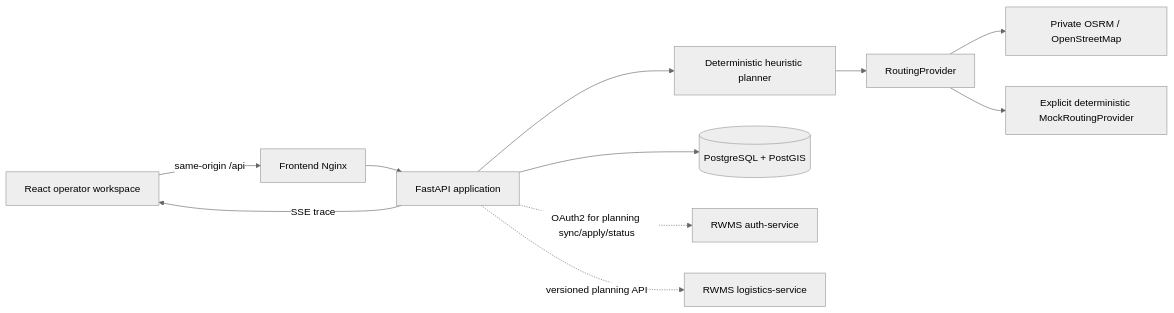
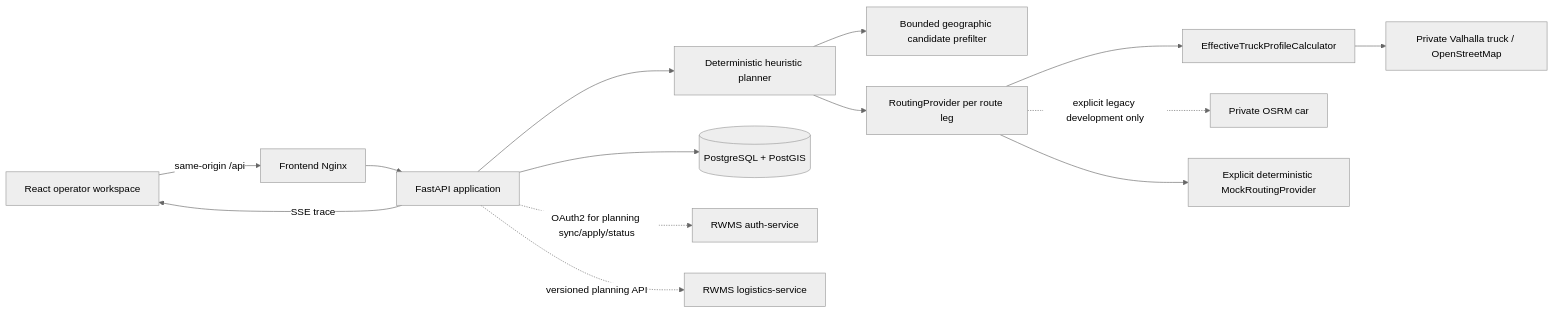
Before and after one commit to Buhanzaz/rwms: the diagram in logistics/docs/ARCHITECTURE.md, drawn with Mermaid (neutral theme). The commit also changed other lines of this file and 69 other files, not shown here.

Commit message:
Add truck-aware Valhalla logistics routing

````diff
--- a/logistics/docs/ARCHITECTURE.md
+++ b/logistics/docs/ARCHITECTURE.md
@@ -8,13 +8,16 @@
 ```mermaid
 flowchart LR
     Browser[React operator workspace] -->|same-origin /api| Nginx[Frontend Nginx]
     Nginx --> FastAPI[FastAPI application]
     FastAPI --> Planner[Deterministic heuristic planner]
-    Planner --> Routing[RoutingProvider]
-    Routing --> OSRM[Private OSRM / OpenStreetMap]
+    Planner --> Prefilter[Bounded geographic candidate prefilter]
+    Planner --> Routing[RoutingProvider per route leg]
+    Routing --> Profile[EffectiveTruckProfileCalculator]
+    Profile --> Valhalla[Private Valhalla truck / OpenStreetMap]
+    Routing -. explicit legacy development only .-> OSRM[Private OSRM car]
     Routing --> Mock[Explicit deterministic MockRoutingProvider]
     FastAPI --> PostGIS[(PostgreSQL + PostGIS)]
     FastAPI -. OAuth2 for planning sync/apply/status .-> Auth[RWMS auth-service]
     FastAPI -. versioned planning API .-> Logistics[RWMS logistics-service]
     FastAPI -->|SSE trace| Browser
 ```
````
